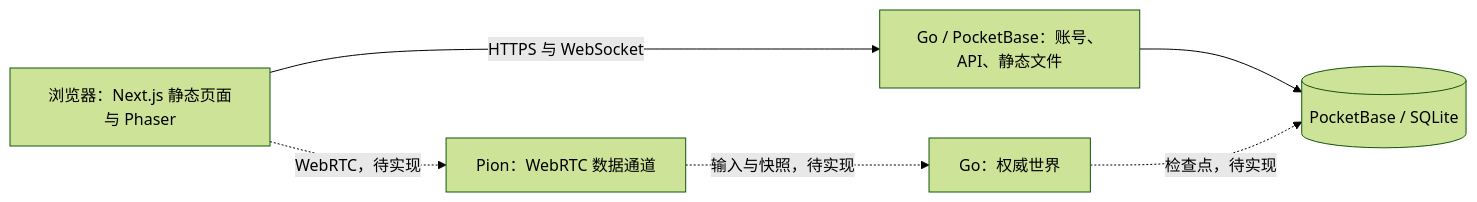
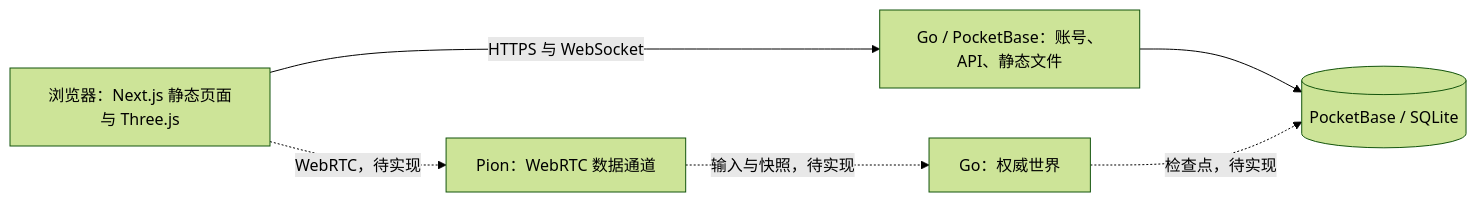
The diagram in spec/README.md (saurlax/dlut-online), drawn with Mermaid (forest theme) before and after one commit. The commit also changed other lines of this file and 54 other files, not shown here.

````diff
--- a/spec/README.md
+++ b/spec/README.md
@@ -9,13 +9,13 @@
 ```mermaid
 flowchart LR
-  Browser[浏览器：Next.js 静态页面与 Phaser]
+  Browser[浏览器：Next.js 静态页面与 Three.js]
   HTTP[Go / PocketBase：账号、API、静态文件]
   RTC[Pion：WebRTC 数据通道]
   World[Go：权威世界]
   DB[(PocketBase / SQLite)]
   Browser -->|HTTPS 与 WebSocket| HTTP
   Browser -. WebRTC，待实现 .-> RTC
   RTC -. 输入与快照，待实现 .-> World
   HTTP --> DB
   World -. 检查点，待实现 .-> DB
 ```
````
